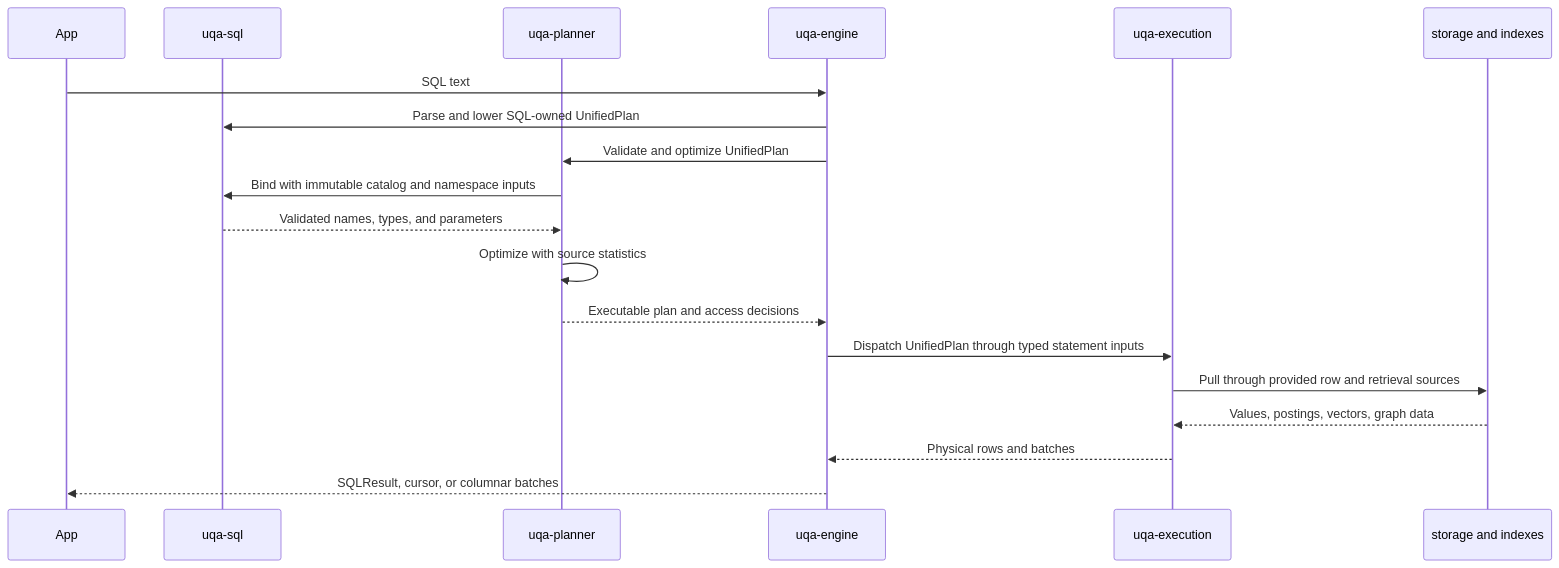
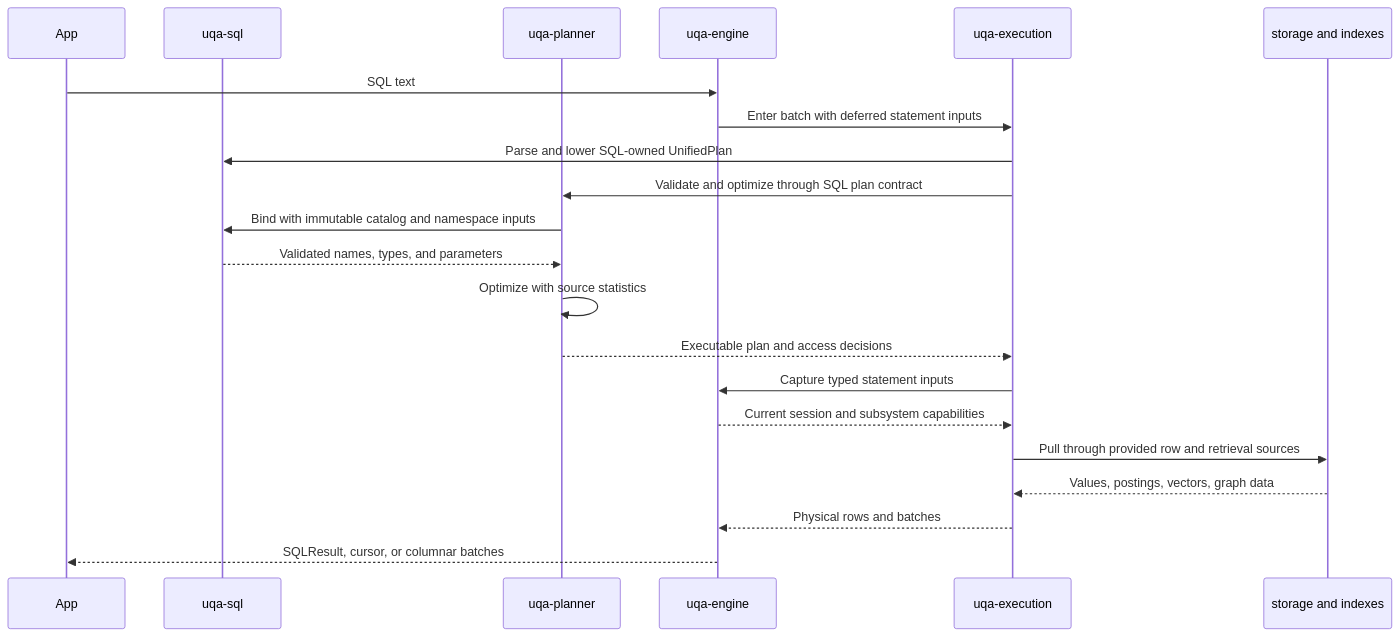
The first of 2 diagrams in docs/manual/internals/02-planning-and-execution.md (cognica-io/uqa-engine), drawn with Mermaid before and after one commit. The commit also changed other lines of this file and 89 other files, not shown here.

Commit message:
Remove Engine SQL implementation tree and preserve query APIs

````diff
--- a/docs/manual/internals/02-planning-and-execution.md
+++ b/docs/manual/internals/02-planning-and-execution.md
@@ -11,21 +13,23 @@
 ```mermaid
 sequenceDiagram
     participant App
     participant SQL as uqa-sql
     participant Planner as uqa-planner
     participant Engine as uqa-engine
     participant Exec as uqa-execution
     participant Store as storage and indexes
     App->>Engine: SQL text
-    Engine->>SQL: Parse and lower SQL-owned UnifiedPlan
-    Engine->>Planner: Validate and optimize UnifiedPlan
+    Engine->>Exec: Enter batch with deferred statement inputs
+    Exec->>SQL: Parse and lower SQL-owned UnifiedPlan
+    Exec->>Planner: Validate and optimize through SQL plan contract
     Planner->>SQL: Bind with immutable catalog and namespace inputs
     SQL-->>Planner: Validated names, types, and parameters
     Planner->>Planner: Optimize with source statistics
-    Planner-->>Engine: Executable plan and access decisions
-    Engine->>Exec: Dispatch UnifiedPlan through typed statement inputs
+    Planner-->>Exec: Executable plan and access decisions
+    Exec->>Engine: Capture typed statement inputs
+    Engine-->>Exec: Current session and subsystem capabilities
     Exec->>Store: Pull through provided row and retrieval sources
     Store-->>Exec: Values, postings, vectors, graph data
     Exec-->>Engine: Physical rows and batches
     Engine-->>App: SQLResult, cursor, or columnar batches
 ```
````
